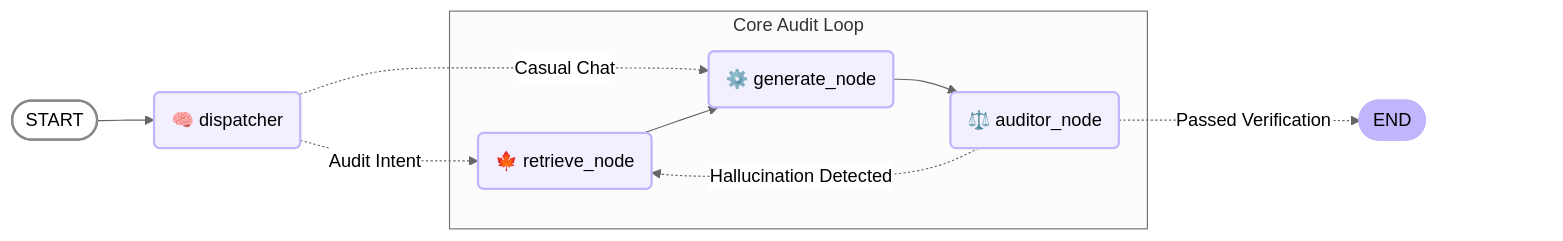
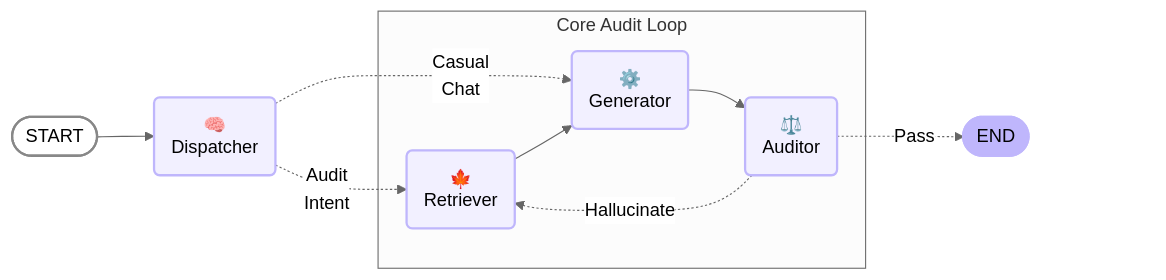
Before and after one commit to emmacyu/risk-auditor-agent: the diagram in README.md, drawn with Mermaid (neutral theme).

Commit message:
update readme workflow graph

````diff
--- a/README.md
+++ b/README.md
@@ -56,35 +56,35 @@
 ```mermaid
 ---
 config:
   flowchart:
     curve: basis
 ---
 graph LR;
     subgraph Core Audit Loop
-        retrieve_node(🍁 retrieve_node)
-        generate_node(⚙️ generate_node)
-        auditor_node(⚖️ auditor_node)
+        retrieve_node(🍁<br>Retriever)
+        generate_node(⚙️<br>Generator)
+        auditor_node(⚖️<br>Auditor)
     end
     
-    __start__([<p>START</p>]):::first
-    dispatcher(🧠 dispatcher)
-    __end__([<p>END</p>]):::last
+    __start__([START]):::first
+    dispatcher(🧠<br>Dispatcher)
+    __end__([END]):::last
 
     __start__ --> dispatcher;
-    dispatcher -.Casual Chat.-> generate_node;
-    dispatcher -.Audit Intent.-> retrieve_node;
+    dispatcher -.Casual<br>Chat.-> generate_node;
+    dispatcher -.Audit<br>Intent.-> retrieve_node;
     
     retrieve_node --> generate_node;
     generate_node --> auditor_node;
     
-    auditor_node -.Hallucination Detected.-> retrieve_node;
-    auditor_node -.Passed Verification.-> __end__;
+    auditor_node -.Hallucinate.-> retrieve_node;
+    auditor_node -.Pass.-> __end__;
 
     %% 这是一个透明的占位符节点，专门用来把 GitHub 的放大缩小控件往右边顶开，防止遮挡 END 节点
     __end__ ~~~ padding_node[" "]
     style padding_node fill:none,stroke:none
 
     classDef default fill:#f2f0ff,line-height:1.2,stroke:#bfb6fc,stroke-width:2px
     classDef first fill-opacity:0,stroke:#888
     classDef last fill:#bfb6fc
 ```
````
